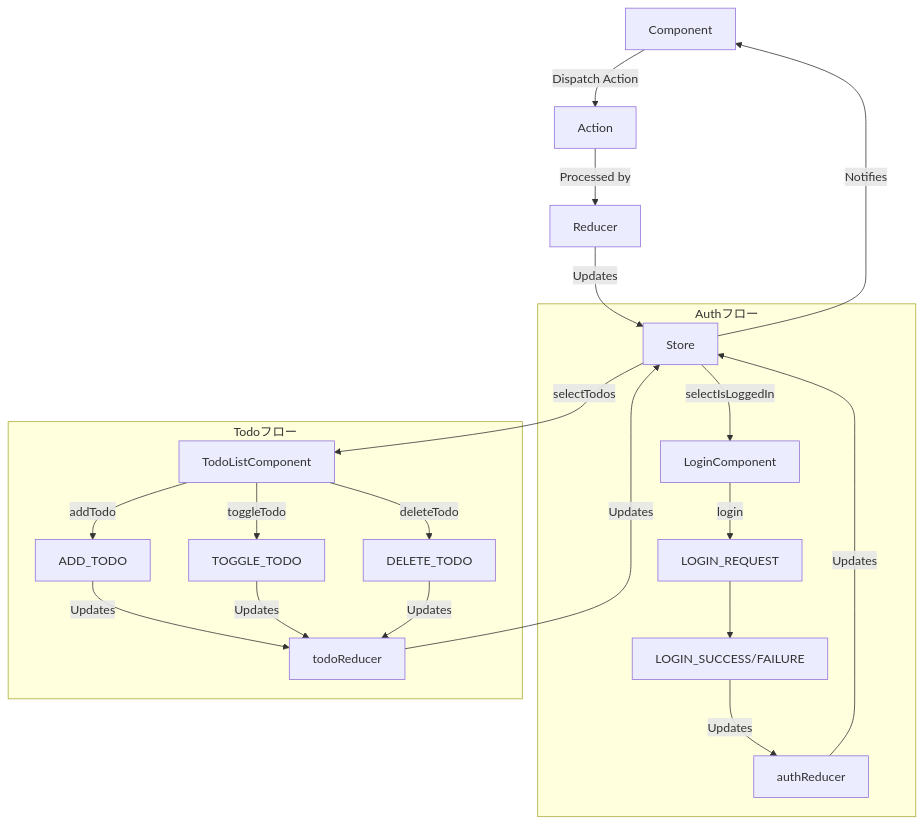
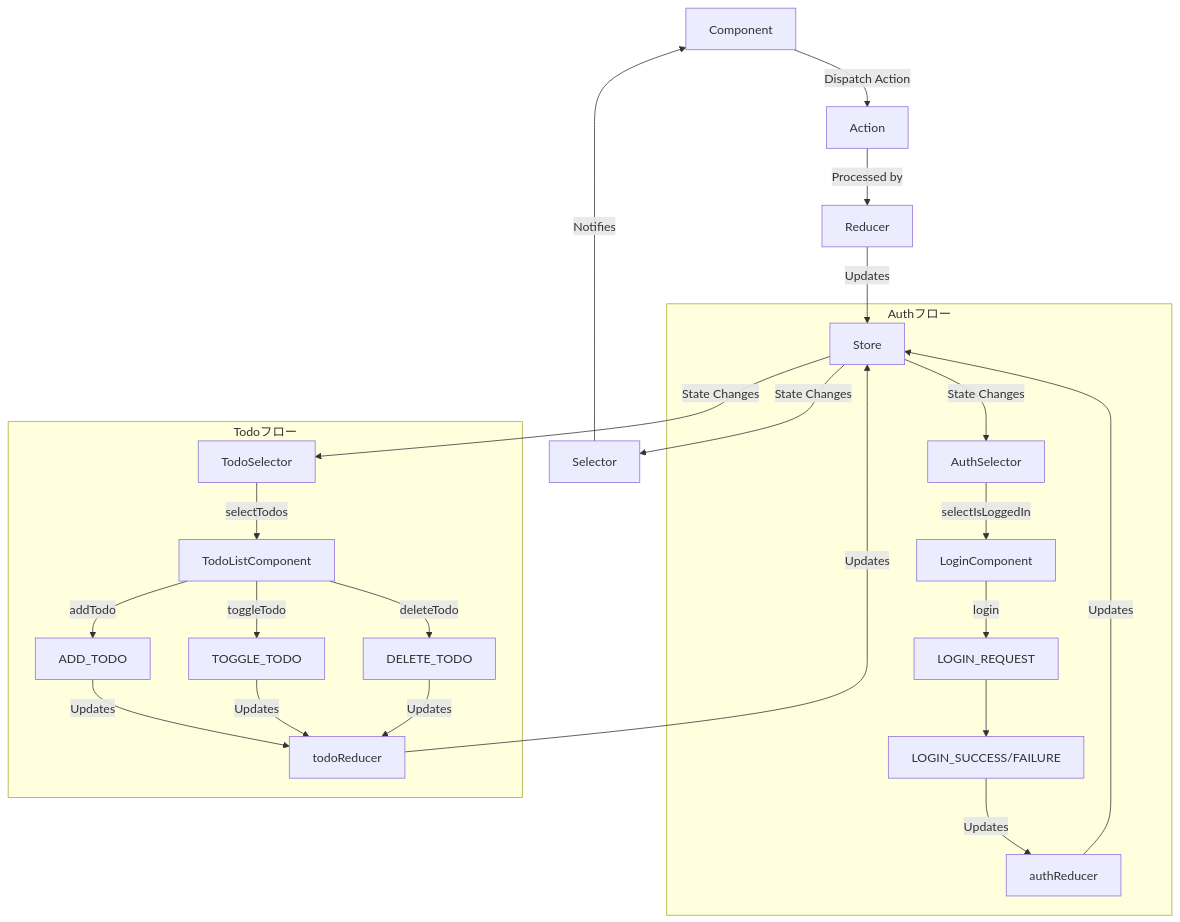
The second of 2 diagrams in README.md (masakaya/learn-angular-redux-sample), drawn with Mermaid before and after one commit. The commit also changed other lines of this file and 8 other files, not shown here.

````diff
--- a/README.md
+++ b/README.md
@@ -26,24 +30,27 @@
 ```mermaid
 graph TD
     A[Component] -->|Dispatch Action| B[Action]
     B -->|Processed by| C[Reducer]
     C -->|Updates| D[Store]
-    D -->|Notifies| A
+    D -->|State Changes| E[Selector]
+    E -->|Notifies| A
 
     subgraph "Authフロー"
     A1[LoginComponent] -->|login| B1[LOGIN_REQUEST]
     B1 --> B2[LOGIN_SUCCESS/FAILURE]
     B2 -->|Updates| C1[authReducer]
     C1 -->|Updates| D
-    D -->|selectIsLoggedIn| A1
+    D -->|State Changes| E1[AuthSelector]
+    E1 -->|selectIsLoggedIn| A1
     end
 
     subgraph "Todoフロー"
     A2[TodoListComponent] -->|addTodo| B3[ADD_TODO]
     A2 -->|toggleTodo| B4[TOGGLE_TODO]
     A2 -->|deleteTodo| B5[DELETE_TODO]
     B3 & B4 & B5 -->|Updates| C2[todoReducer]
     C2 -->|Updates| D
-    D -->|selectTodos| A2
+    D -->|State Changes| E2[TodoSelector]
+    E2 -->|selectTodos| A2
     end
 ```
````
